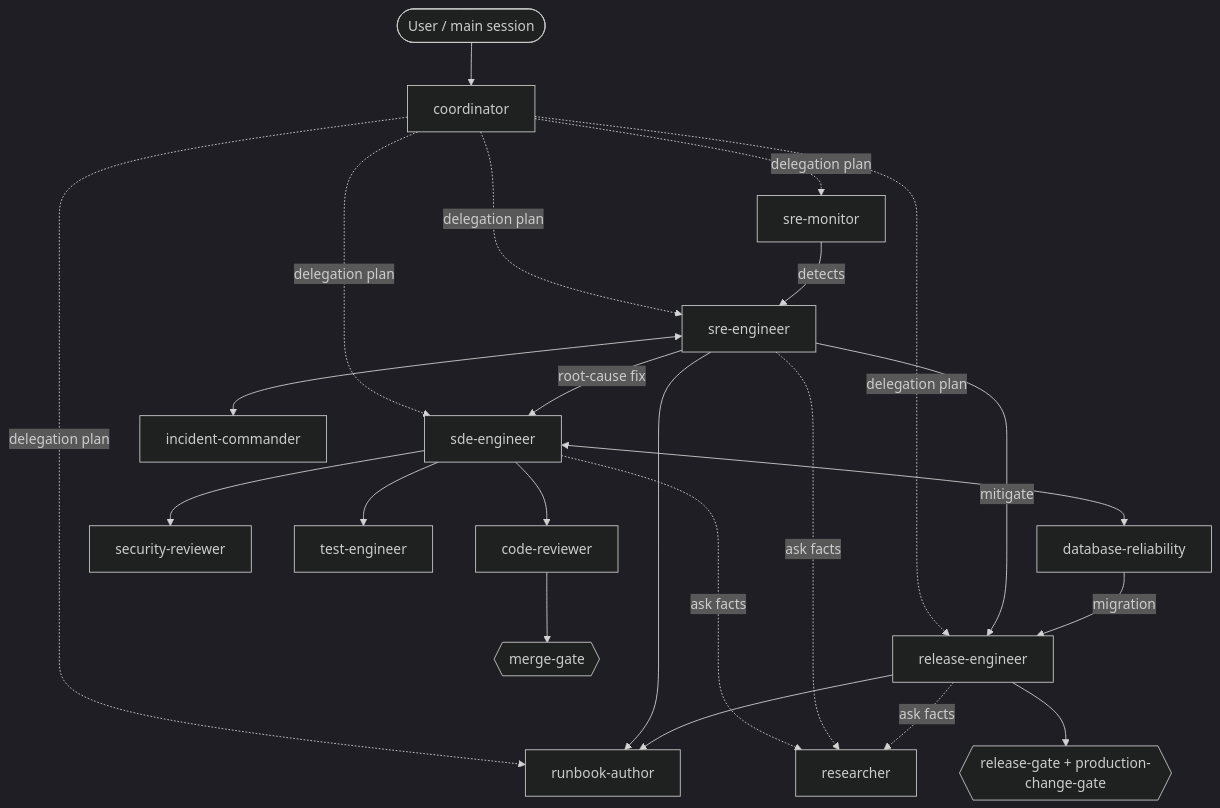
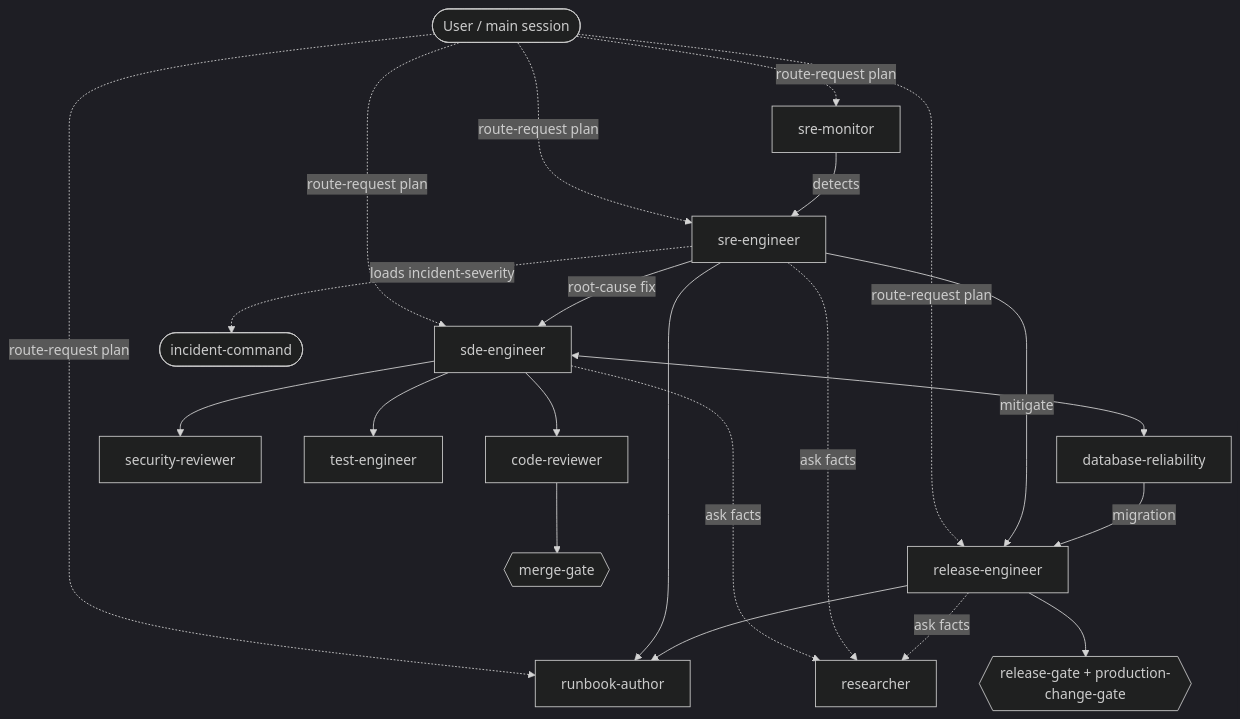
One commit to latent-sre/sre-agents changed the diagram in docs/ARCHITECTURE.md. Above: the diagram before and after it, drawn with Mermaid (dark theme). The commit also changed other lines of this file and 26 other files, not shown here.

````diff
--- a/docs/ARCHITECTURE.md
+++ b/docs/ARCHITECTURE.md
@@ -41,22 +42,21 @@
 ```mermaid
 flowchart TD
-  U([User / main session]) --> C[coordinator]
-  C -. delegation plan .-> SDE & SRE & REL & MON & RB
+  U([User / main session]) -. route-request plan .-> SDE & SRE & REL & MON & RB
 
   SDE[sde-engineer] --> CR[code-reviewer]
   SDE --> SEC[security-reviewer]
   SDE --> TE[test-engineer]
   SDE <--> DB[database-reliability]
   CR --> MG{{merge-gate}}
 
   MON[sre-monitor] -- detects --> SRE[sre-engineer]
-  SRE <--> IC[incident-commander]
+  SRE -. loads incident-severity .-> ICMD([incident-command])
   SRE -- mitigate --> REL[release-engineer]
   SRE -- root-cause fix --> SDE
   DB -- migration --> REL
   REL --> RG{{release-gate + production-change-gate}}
 
   SRE --> RB[runbook-author]
   REL --> RB
   SDE & SRE & REL -. ask facts .-> RES[researcher]
 ```
````
